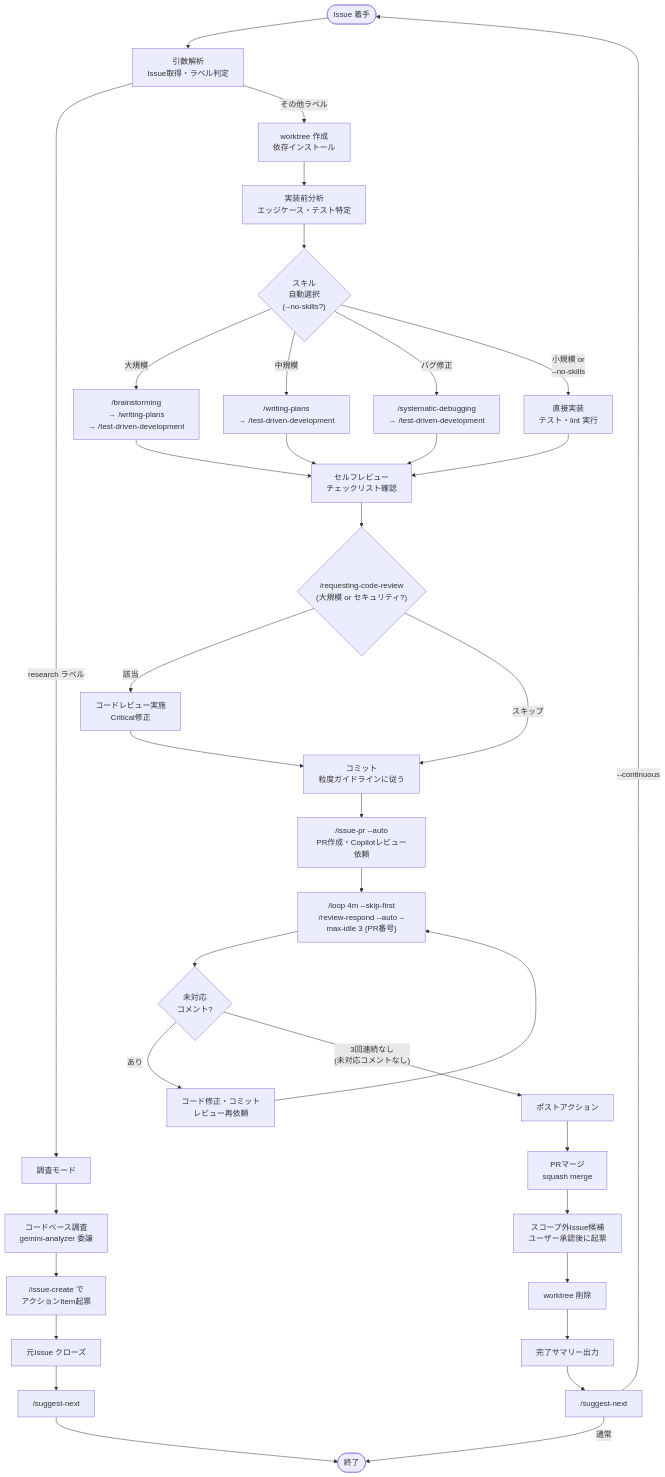
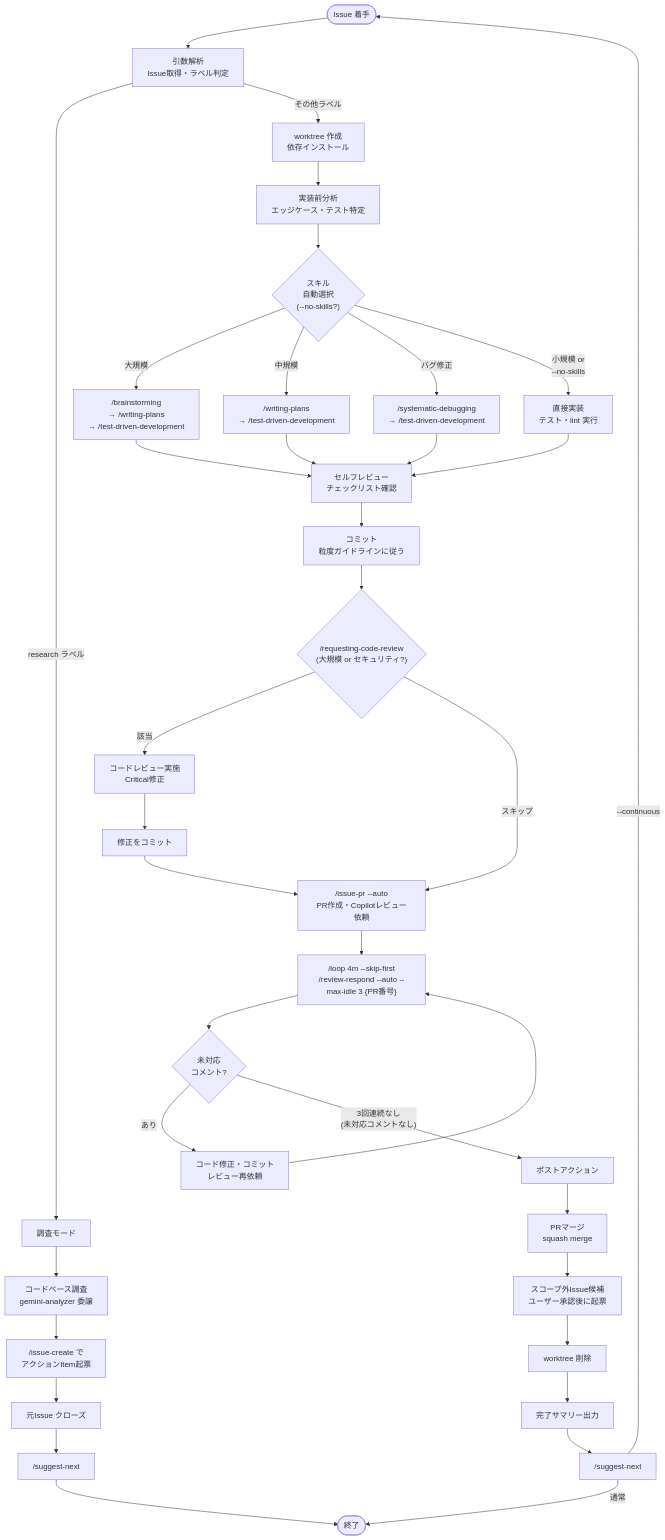
One commit to KdavisO/claude-project-template changed the second of 9 diagrams in docs/command-orchestration.md. Above: the diagram before and after it, drawn with Mermaid. The commit also changed 1 other file, not shown here.

Commit message:
fix: /requesting-code-review の実行順序をフロー図・文言間で統一
Copilotレビュー指摘対応:
- コードレビューの実行タイミングを「コミット後、PR作成前」に統一
  (旧: スキルオーケストレーションセクションとフロー図で矛盾)
- スキルオーケストレーション冒頭の「選択・実行」を「選択のみ」に修正
  (実行は後続の手順3で行うため)
- 自動モードフローの手順番号を5→6→7→8に再番号化
- Critical指摘時の修正→再コミットフローを明文化

````diff
--- a/docs/command-orchestration.md
+++ b/docs/command-orchestration.md
@@ -65,42 +65,43 @@
 ```mermaid
 flowchart TD
     Start(["Issue 着手"]) --> Parse["引数解析\nIssue取得・ラベル判定"]
     Parse -->|"research ラベル"| Research["調査モード"]
     Parse -->|"その他ラベル"| WT["worktree 作成\n依存インストール"]
 
     Research --> Investigate["コードベース調査\ngemini-analyzer 委譲"]
     Investigate --> CreateIssues["/issue-create で\nアクションItem起票"]
     CreateIssues --> CloseResearch["元Issue クローズ"]
     CloseResearch --> SuggestR["/suggest-next"]
 
     WT --> Analyze["実装前分析\nエッジケース・テスト特定"]
     Analyze --> SkillSelect{"スキル\n自動選択\n(--no-skills?)"}
     SkillSelect -->|"大規模"| BS["/brainstorming\n→ /writing-plans\n→ /test-driven-development"]
     SkillSelect -->|"中規模"| WPlan["/writing-plans\n→ /test-driven-development"]
     SkillSelect -->|"バグ修正"| Debug["/systematic-debugging\n→ /test-driven-development"]
     SkillSelect -->|"小規模 or\n--no-skills"| Implement["直接実装\nテスト・lint 実行"]
     BS --> SelfReview["セルフレビュー\nチェックリスト確認"]
     WPlan --> SelfReview
     Debug --> SelfReview
     Implement --> SelfReview
-    SelfReview --> CodeReview{"/requesting-code-review\n(大規模 or セキュリティ?)"}
+    SelfReview --> Commit["コミット\n粒度ガイドラインに従う"]
+    Commit --> CodeReview{"/requesting-code-review\n(大規模 or セキュリティ?)"}
     CodeReview -->|"該当"| RCR["コードレビュー実施\nCritical修正"]
-    CodeReview -->|"スキップ"| Commit["コミット\n粒度ガイドラインに従う"]
-    RCR --> Commit
-    Commit --> PR["/issue-pr --auto\nPR作成・Copilotレビュー依頼"]
+    CodeReview -->|"スキップ"| PR["/issue-pr --auto\nPR作成・Copilotレビュー依頼"]
+    RCR --> ReCommit["修正をコミット"]
+    ReCommit --> PR
     PR --> Poll["/loop 4m --skip-first\n/review-respond --auto --max-idle 3 {PR番号}"]
 
     Poll --> Check{"未対応\nコメント?"}
     Check -->|"あり"| Fix["コード修正・コミット\nレビュー再依頼"]
     Fix --> Poll
     Check -->|"3回連続なし\n(未対応コメントなし)"| PostAction["ポストアクション"]
 
     PostAction --> Merge["PRマージ\nsquash merge"]
     Merge --> ScopeOut["スコープ外Issue候補\nユーザー承認後に起票"]
     ScopeOut --> Cleanup["worktree 削除"]
     Cleanup --> Summary["完了サマリー出力"]
     Summary --> Suggest["/suggest-next"]
     Suggest -->|"--continuous"| Start
     Suggest -->|"通常"| End(["終了"])
     SuggestR --> End
 ```
````
